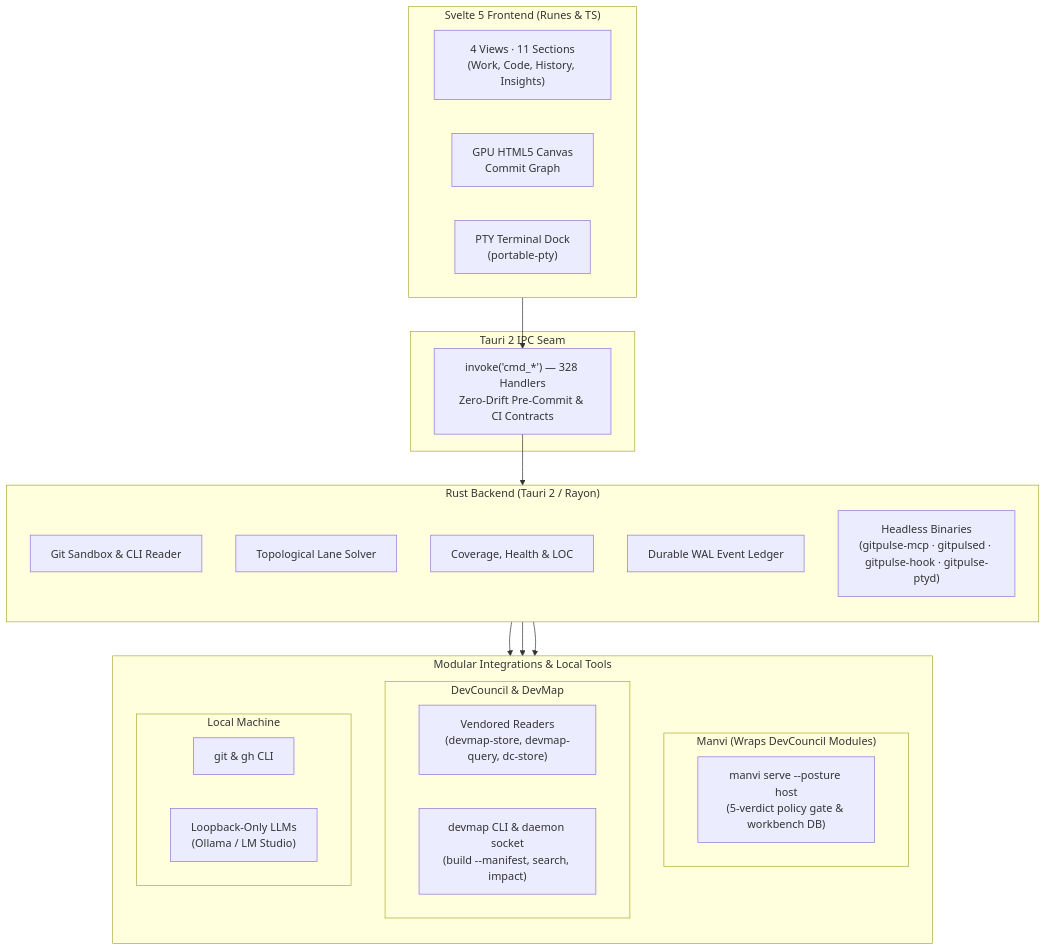
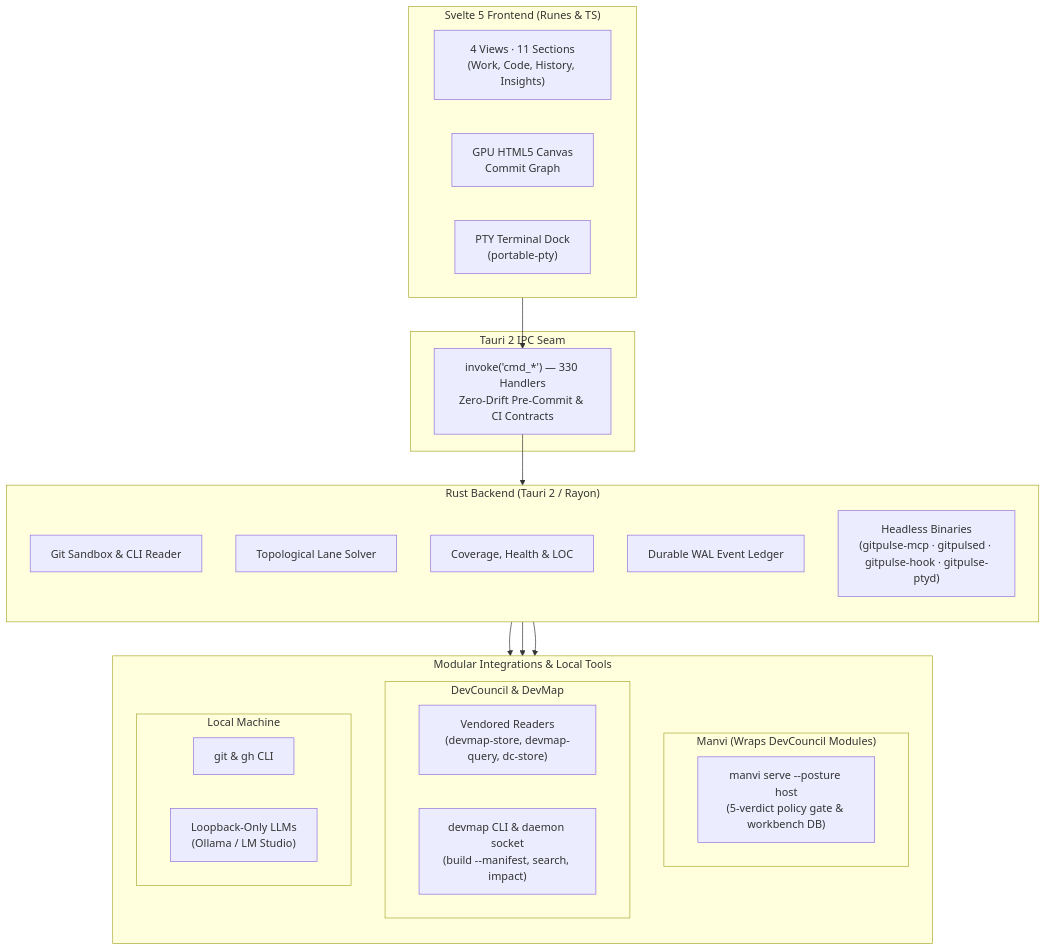
Before and after one commit to bharathvbcr/GitPulse: the diagram in README.md, drawn with Mermaid. The commit also changed 18 other files, not shown here.

````diff
--- a/README.md
+++ b/README.md
@@ -126,43 +126,43 @@
 ```mermaid
 flowchart TB
     subgraph Frontend["Svelte 5 Frontend (Runes & TS)"]
         direction LR
         Views["4 Views · 11 Sections<br/>(Work, Code, History, Insights)"]
         Canvas["GPU HTML5 Canvas<br/>Commit Graph"]
         TerminalDock["PTY Terminal Dock<br/>(portable-pty)"]
     end
 
     subgraph IPC["Tauri 2 IPC Seam"]
-        Bridge["invoke('cmd_*') — 328 Handlers<br/>Zero-Drift Pre-Commit & CI Contracts"]
+        Bridge["invoke('cmd_*') — 330 Handlers<br/>Zero-Drift Pre-Commit & CI Contracts"]
     end
 
     subgraph Backend["Rust Backend (Tauri 2 / Rayon)"]
         direction TB
         GitEngine["Git Sandbox & CLI Reader"]
         LaneSolver["Topological Lane Solver"]
         Analyzers["Coverage, Health & LOC"]
         Ledger["Durable WAL Event Ledger"]
         Headless["Headless Binaries<br/>(gitpulse-mcp · gitpulsed · gitpulse-hook · gitpulse-ptyd)"]
     end
 
     subgraph Integrations["Modular Integrations & Local Tools"]
         direction TB
         subgraph ManviWrap["Manvi (Wraps DevCouncil Modules)"]
             ManviSidecar["manvi serve --posture host<br/>(5-verdict policy gate & workbench DB)"]
         end
         subgraph DevCouncilMods["DevCouncil & DevMap"]
             Vendored["Vendored Readers<br/>(devmap-store, devmap-query, dc-store)"]
             DevMapCLI["devmap CLI & daemon socket<br/>(build --manifest, search, impact)"]
         end
         subgraph LocalTools["Local Machine"]
             CLI["git & gh CLI"]
             LocalLLM["Loopback-Only LLMs<br/>(Ollama / LM Studio)"]
         end
     end
 
     Frontend --> Bridge
     Bridge --> Backend
     Backend --> ManviWrap
     Backend --> DevCouncilMods
     Backend --> LocalTools
 ```
````
